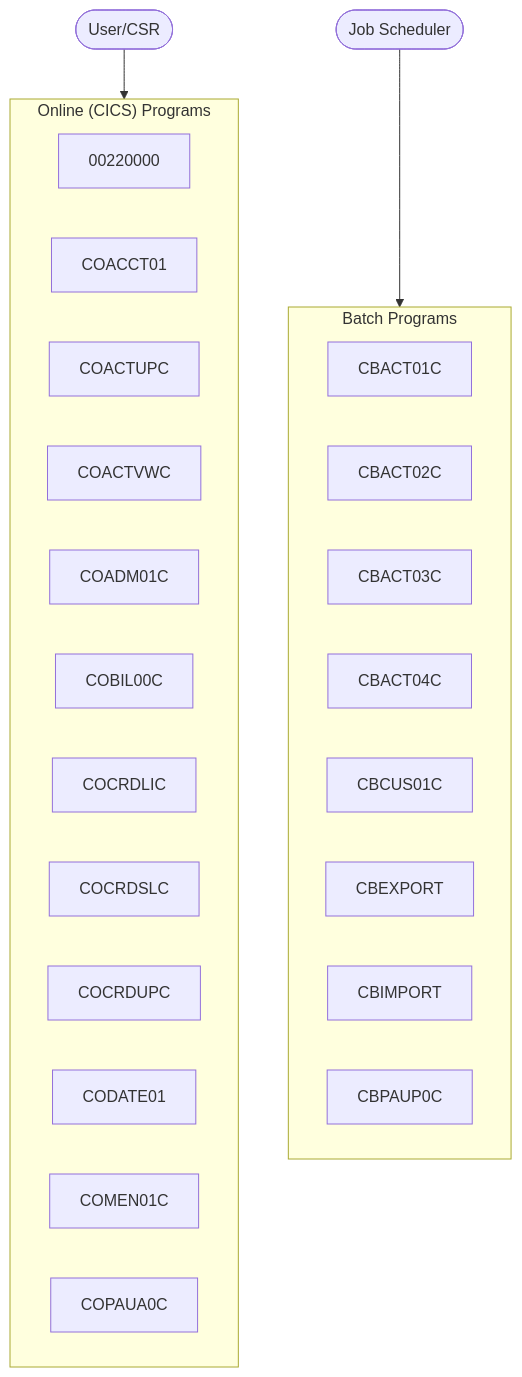
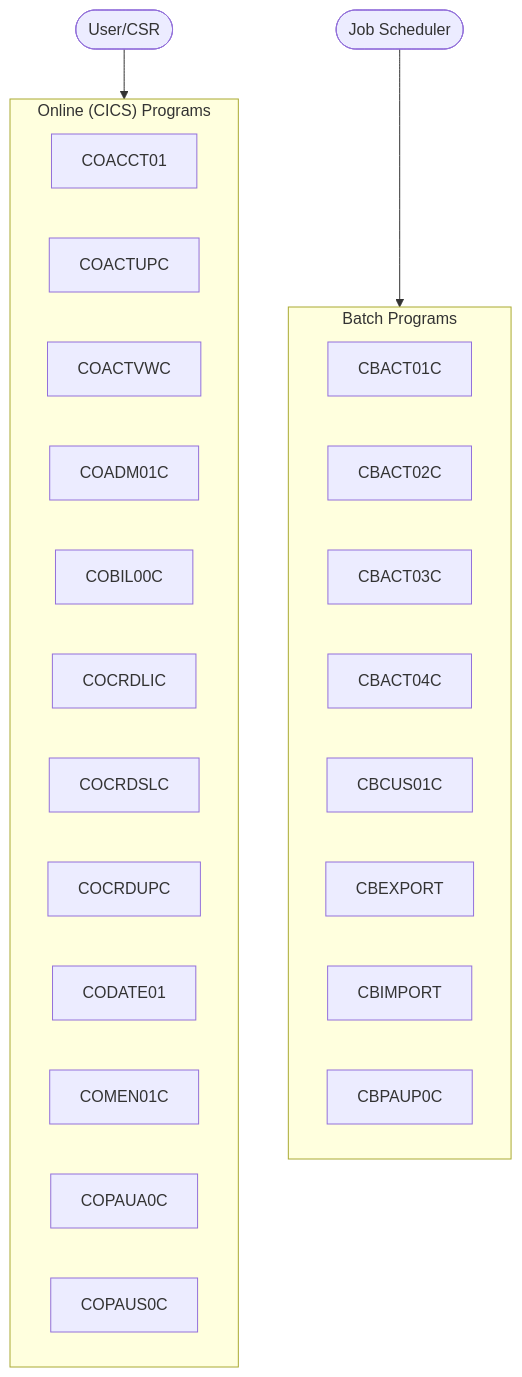
One commit to Arun973150/new_doc changed the diagram in Unisys_doc-main/doc_demo/docs/00-SYSTEM-OVERVIEW.md. Above: the diagram before and after it, drawn with Mermaid. The commit also changed other lines of this file and 609 other files, not shown here.

````diff
--- a/Unisys_doc-main/doc_demo/docs/00-SYSTEM-OVERVIEW.md
+++ b/Unisys_doc-main/doc_demo/docs/00-SYSTEM-OVERVIEW.md
@@ -30,32 +31,32 @@
 ```mermaid
 flowchart TB
     subgraph ONLINE["Online (CICS) Programs"]
-        00220000["00220000"]
         COACCT01["COACCT01"]
         COACTUPC["COACTUPC"]
         COACTVWC["COACTVWC"]
         COADM01C["COADM01C"]
         COBIL00C["COBIL00C"]
         COCRDLIC["COCRDLIC"]
         COCRDSLC["COCRDSLC"]
         COCRDUPC["COCRDUPC"]
         CODATE01["CODATE01"]
         COMEN01C["COMEN01C"]
         COPAUA0C["COPAUA0C"]
+        COPAUS0C["COPAUS0C"]
     end
 
     subgraph BATCH["Batch Programs"]
         CBACT01C["CBACT01C"]
         CBACT02C["CBACT02C"]
         CBACT03C["CBACT03C"]
         CBACT04C["CBACT04C"]
         CBCUS01C["CBCUS01C"]
         CBEXPORT["CBEXPORT"]
         CBIMPORT["CBIMPORT"]
         CBPAUP0C["CBPAUP0C"]
     end
 
 
     USER([User/CSR]) --> ONLINE
     SCHEDULER([Job Scheduler]) --> BATCH
 ```
````
